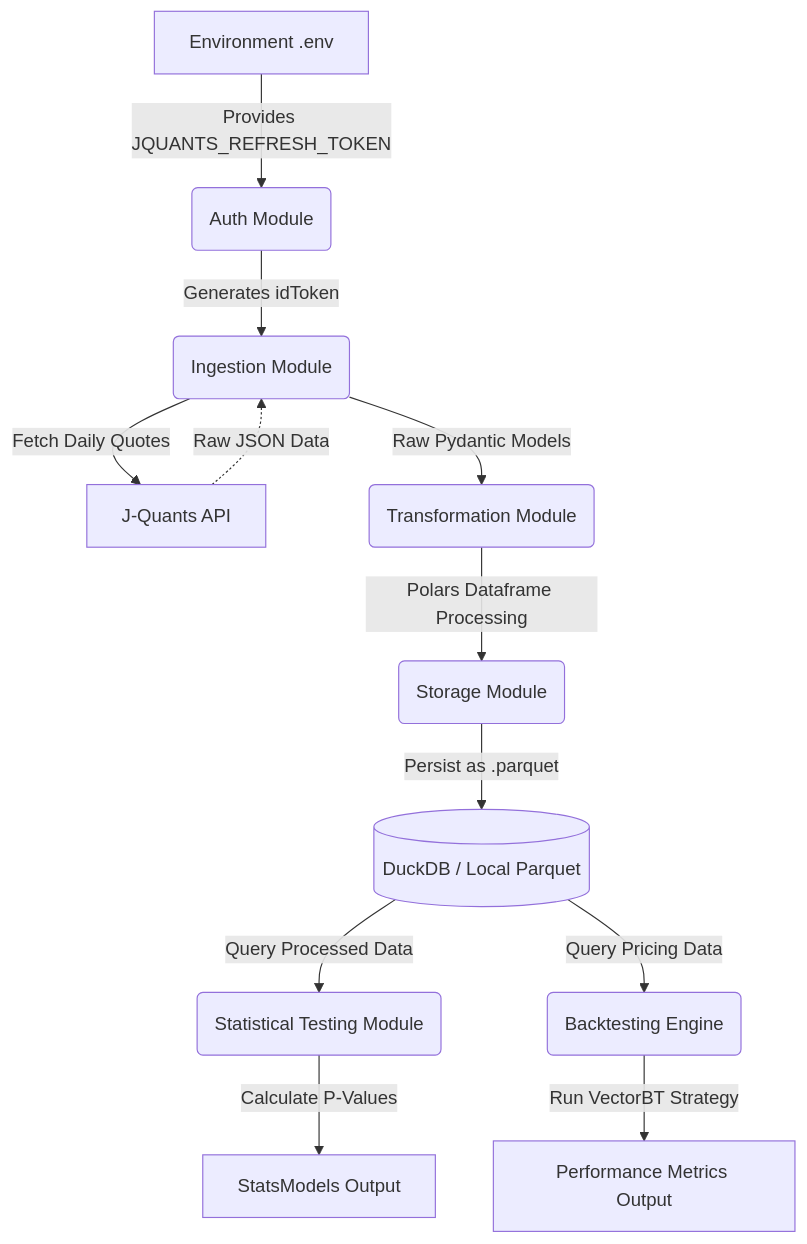
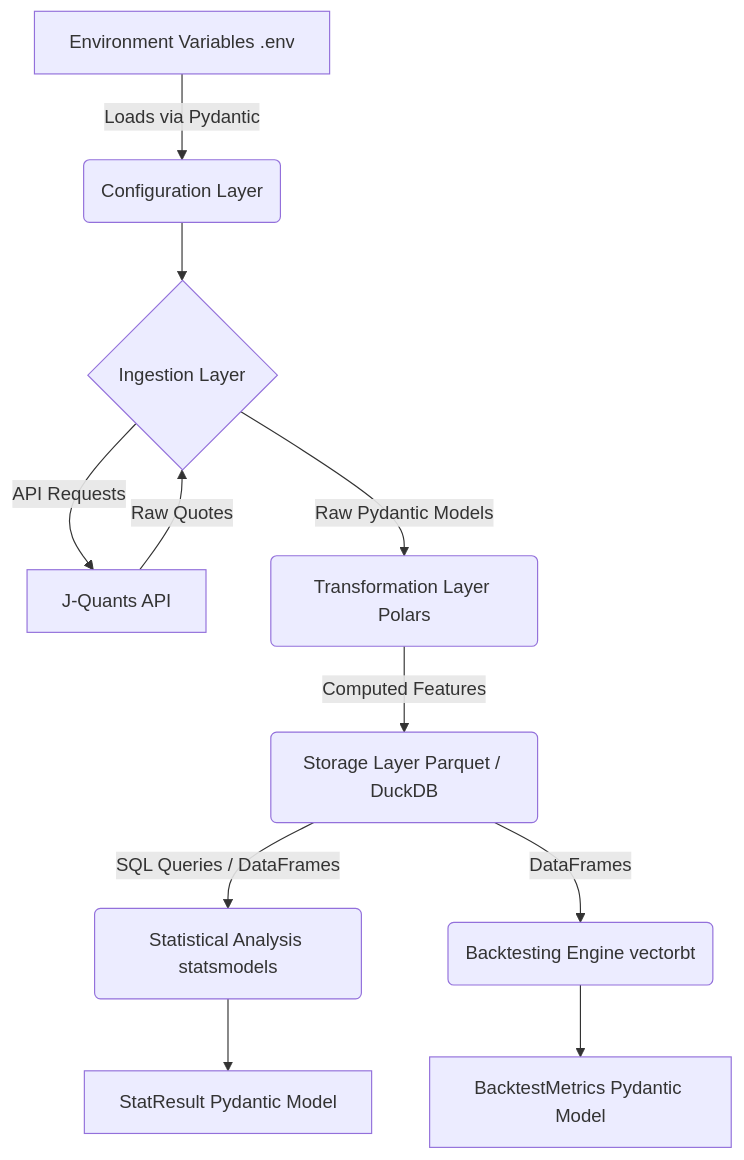
The diagram in dev_documents/system_prompts/SYSTEM_ARCHITECTURE.md (tsuyama1990/JTC), drawn with Mermaid before and after one commit. The commit also changed other lines of this file and 8 other files, not shown here.

````diff
--- a/dev_documents/system_prompts/SYSTEM_ARCHITECTURE.md
+++ b/dev_documents/system_prompts/SYSTEM_ARCHITECTURE.md
@@ -19,14 +35,13 @@
 ```mermaid
 graph TD
-    A[Environment .env] -->|Provides JQUANTS_REFRESH_TOKEN| B(Auth Module)
-    B -->|Generates idToken| C(Ingestion Module)
-    C -->|Fetch Daily Quotes| D[J-Quants API]
-    D -.->|Raw JSON Data| C
-    C -->|Raw Pydantic Models| E(Transformation Module)
-    E -->|Polars Dataframe Processing| F(Storage Module)
-    F -->|Persist as .parquet| G[(DuckDB / Local Parquet)]
-    G -->|Query Processed Data| H(Statistical Testing Module)
-    H -->|Calculate P-Values| I[StatsModels Output]
-    G -->|Query Pricing Data| J(Backtesting Engine)
-    J -->|Run VectorBT Strategy| K[Performance Metrics Output]
+    A[Environment Variables .env] -->|Loads via Pydantic| B(Configuration Layer)
+    B --> C{Ingestion Layer}
+    C -->|API Requests| D[J-Quants API]
+    D -->|Raw Quotes| C
+    C -->|Raw Pydantic Models| E(Transformation Layer Polars)
+    E -->|Computed Features| F(Storage Layer Parquet / DuckDB)
+    F -->|SQL Queries / DataFrames| G(Statistical Analysis statsmodels)
+    F -->|DataFrames| H(Backtesting Engine vectorbt)
+    G --> I[StatResult Pydantic Model]
+    H --> J[BacktestMetrics Pydantic Model]
 ```
````
